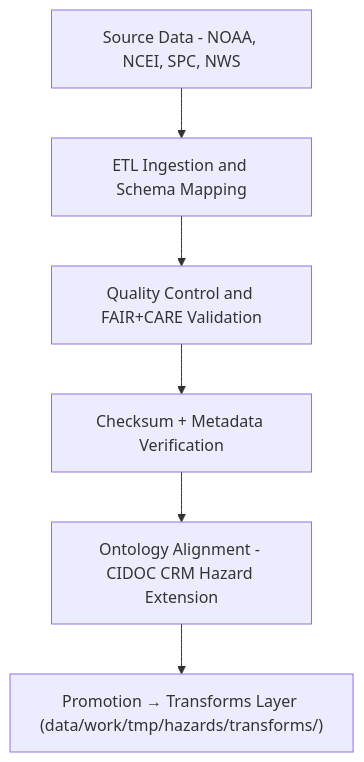
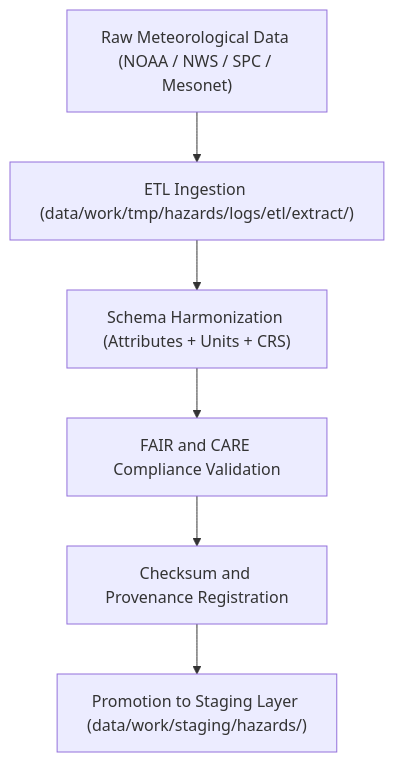
One commit to bartytime4life/Kansas-Frontier-Matrix changed the diagram in data/work/tmp/hazards/datasets/meteorological/README.md. Above: the diagram before and after it, drawn with Mermaid. The commit also changed other lines of this file, not shown here.

````diff
--- a/data/work/tmp/hazards/datasets/meteorological/README.md
+++ b/data/work/tmp/hazards/datasets/meteorological/README.md
@@ -70,8 +71,8 @@
 ```mermaid
 flowchart TD
-    A["Source Data - NOAA, NCEI, SPC, NWS"] --> B["ETL Ingestion and Schema Mapping"]
-    B --> C["Quality Control and FAIR+CARE Validation"]
-    C --> D["Checksum + Metadata Verification"]
-    D --> E["Ontology Alignment - CIDOC CRM Hazard Extension"]
-    E --> F["Promotion → Transforms Layer (data/work/tmp/hazards/transforms/)"]
+    A["Raw Meteorological Data (NOAA / NWS / SPC / Mesonet)"] --> B["ETL Ingestion (data/work/tmp/hazards/logs/etl/extract/)"]
+    B --> C["Schema Harmonization (Attributes + Units + CRS)"]
+    C --> D["FAIR and CARE Compliance Validation"]
+    D --> E["Checksum and Provenance Registration"]
+    E --> F["Promotion to Staging Layer (data/work/staging/hazards/)"]
 ```
````
